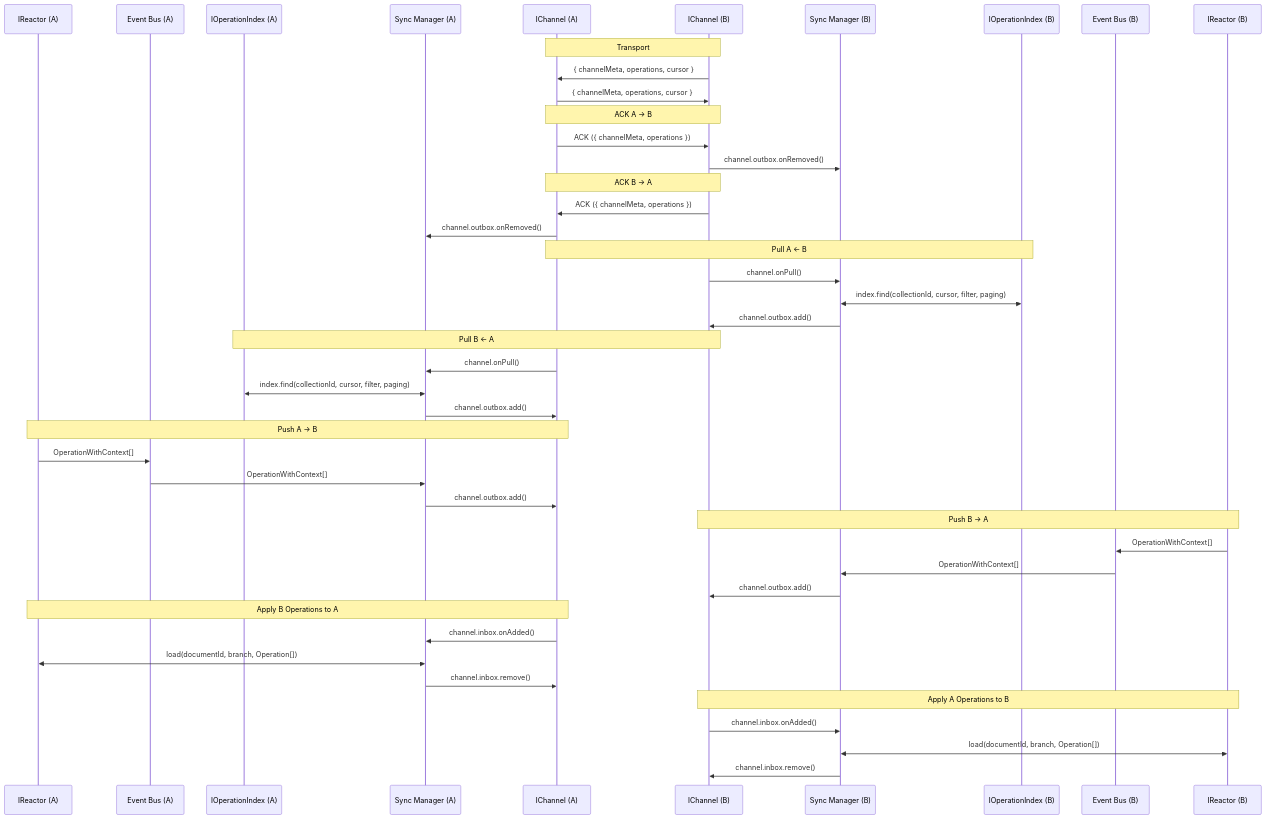
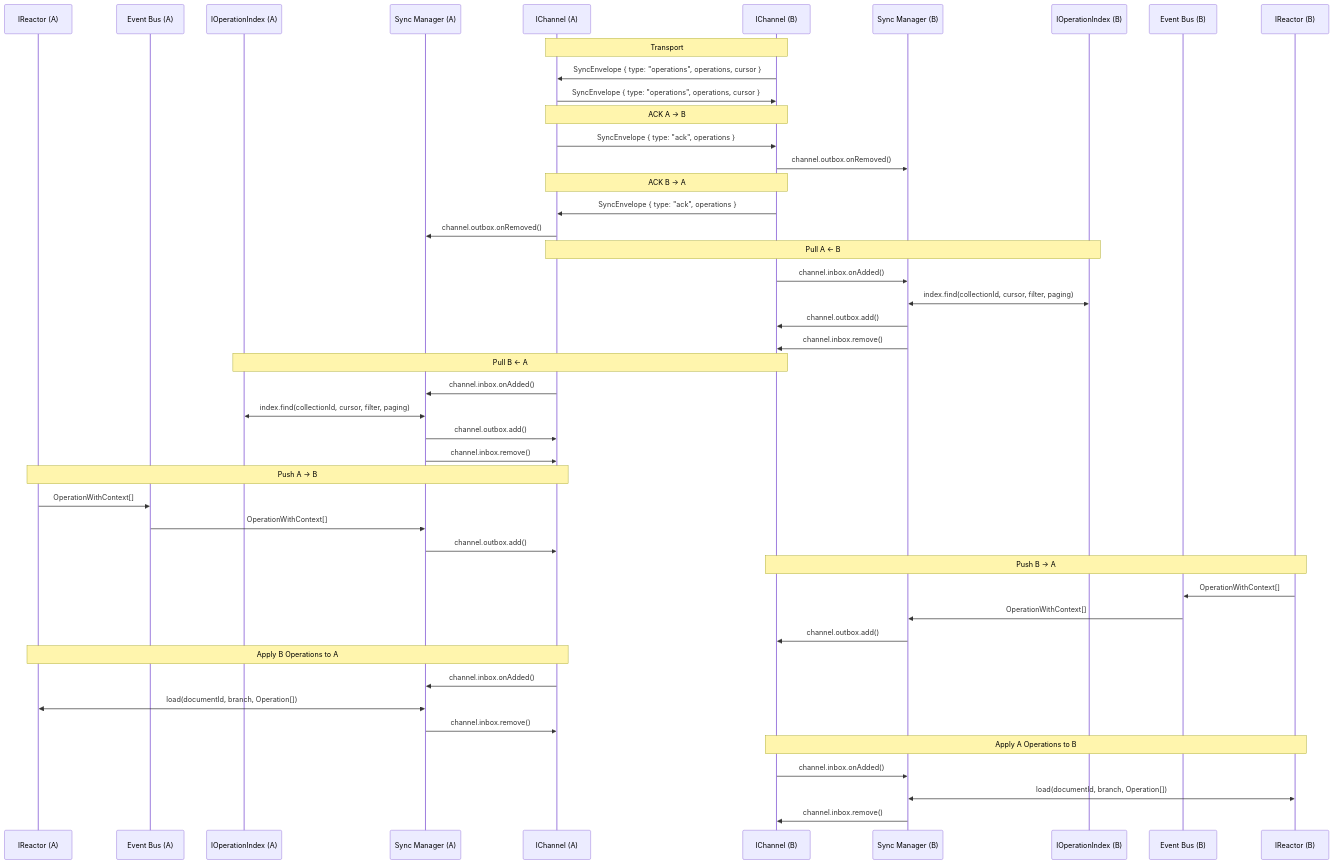
One commit to powerhouse-inc/powerhouse changed the third of 4 diagrams in packages/reactor/docs/planning/Synchronization/index.md. Above: the diagram before and after it, drawn with Mermaid. The commit also changed other lines of this file, not shown here.

````diff
--- a/packages/reactor/docs/planning/Synchronization/index.md
+++ b/packages/reactor/docs/planning/Synchronization/index.md
@@ -255,55 +266,57 @@
 ```mermaid
 sequenceDiagram
   participant ReactorA as IReactor (A)
   participant BusA as Event Bus (A)
   participant IndexA as IOperationIndex (A)
   participant SyncMgrA as Sync Manager (A)
   participant ChannelA as IChannel (A)
   participant ChannelB as IChannel (B)
   participant SyncMgrB as Sync Manager (B)
   participant IndexB as IOperationIndex (B)
   participant BusB as Event Bus (B)
   participant ReactorB as IReactor (B)
 
   Note over ChannelA,ChannelB: Transport
-  ChannelB->>ChannelA: { channelMeta, operations, cursor }
-  ChannelA->>ChannelB: { channelMeta, operations, cursor }
+  ChannelB->>ChannelA: SyncEnvelope { type: "operations", operations, cursor }
+  ChannelA->>ChannelB: SyncEnvelope { type: "operations", operations, cursor }
 
   Note over ChannelA,ChannelB: ACK A → B
-  ChannelA->>ChannelB: ACK ({ channelMeta, operations })
+  ChannelA->>ChannelB: SyncEnvelope { type: "ack", operations }
   ChannelB->>SyncMgrB: channel.outbox.onRemoved()
 
   Note over ChannelB,ChannelA: ACK B → A
-  ChannelB->>ChannelA: ACK ({ channelMeta, operations })
+  ChannelB->>ChannelA: SyncEnvelope { type: "ack", operations }
   ChannelA->>SyncMgrA: channel.outbox.onRemoved()
 
   Note over ChannelA,IndexB: Pull A ← B
-  ChannelB->>SyncMgrB: channel.onPull()
+  ChannelB->>SyncMgrB: channel.inbox.onAdded()
   SyncMgrB<<->>IndexB: index.find(collectionId, cursor, filter, paging)
   SyncMgrB->>ChannelB: channel.outbox.add()
+  SyncMgrB->>ChannelB: channel.inbox.remove()
 
   Note over ChannelB,IndexA: Pull B ← A
-  ChannelA->>SyncMgrA: channel.onPull()
+  ChannelA->>SyncMgrA: channel.inbox.onAdded()
   SyncMgrA<<->>IndexA: index.find(collectionId, cursor, filter, paging)
   SyncMgrA->>ChannelA: channel.outbox.add()
+  SyncMgrA->>ChannelA: channel.inbox.remove()
 
   Note over ReactorA,ChannelA: Push A → B
   ReactorA->>BusA: OperationWithContext[]
   BusA->>SyncMgrA: OperationWithContext[]
   SyncMgrA->>ChannelA: channel.outbox.add()
 
   Note over ReactorB,ChannelB: Push B → A
   ReactorB->>BusB: OperationWithContext[]
   BusB->>SyncMgrB: OperationWithContext[]
   SyncMgrB->>ChannelB: channel.outbox.add()
 
   Note over ChannelA,ReactorA: Apply B Operations to A
   ChannelA->>SyncMgrA: channel.inbox.onAdded()
   SyncMgrA<<->>ReactorA: load(documentId, branch, Operation[])
   SyncMgrA->>ChannelA: channel.inbox.remove()  
 
   Note over ChannelB,ReactorB: Apply A Operations to B
   ChannelB->>SyncMgrB: channel.inbox.onAdded()
   SyncMgrB<<->>ReactorB: load(documentId, branch, Operation[])
   SyncMgrB->>ChannelB: channel.inbox.remove()
 ```
````
